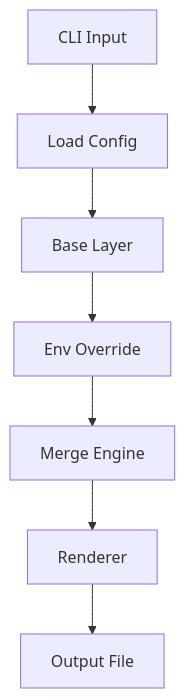
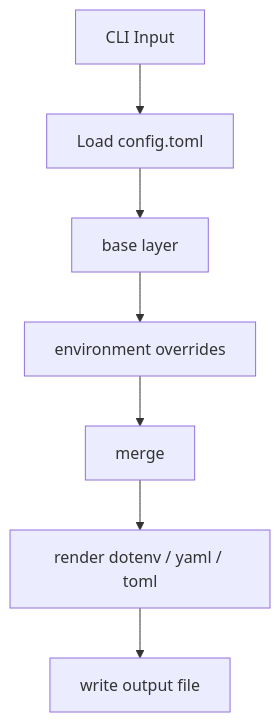
Before and after one commit to arashrasoulzadeh/devenv: the diagram in README.MD, drawn with Mermaid. The commit also changed other lines of this file and 7 other files, not shown here.

First line of the commit message:
Centralize all output through the log package and add env command tests

````diff
--- a/README.MD
+++ b/README.MD
@@ -191,9 +188,9 @@
 ```mermaid
 flowchart TD
-    A[CLI Input] --> B[Load Config]
-    B --> C[Base Layer]
-    C --> D[Env Override]
-    D --> E[Merge Engine]
-    E --> F[Renderer]
-    F --> G[Output File]
+    A[CLI Input] --> B[Load config.toml]
+    B --> C[base layer]
+    C --> D[environment overrides]
+    D --> E[merge]
+    E --> F[render dotenv / yaml / toml]
+    F --> G[write output file]
 ```
````
